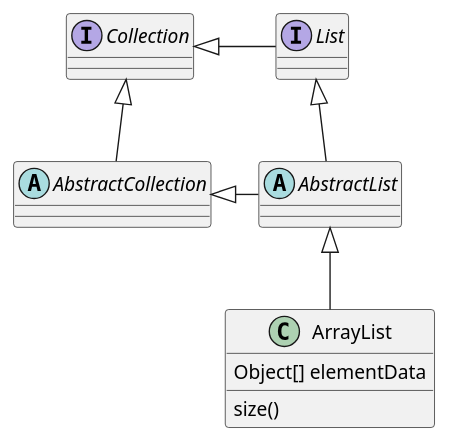
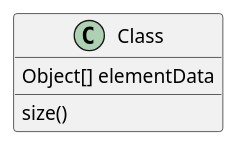
The diagram in project/UML/GameClassDiagram.puml (jjzsilva9/eng1), drawn with PlantUML before and after one commit. The commit also changed 1 other file, not shown here.

Commit message:
UML diagram files added. To be completed.

```diff
--- a/project/UML/GameClassDiagram.puml
+++ b/project/UML/GameClassDiagram.puml
@@ -1,21 +1,8 @@
 @startuml
-'https://plantuml.com/class-diagram
 
-abstract class AbstractList
-abstract AbstractCollection
-interface List
-interface Collection
-
-List <|-- AbstractList
-Collection <|-- AbstractCollection
-
-Collection <|- List
-AbstractCollection <|- AbstractList
-AbstractList <|-- ArrayList
-
-class ArrayList {
+class Class {
 Object[] elementData
 size()
 }
 
 @enduml
```
